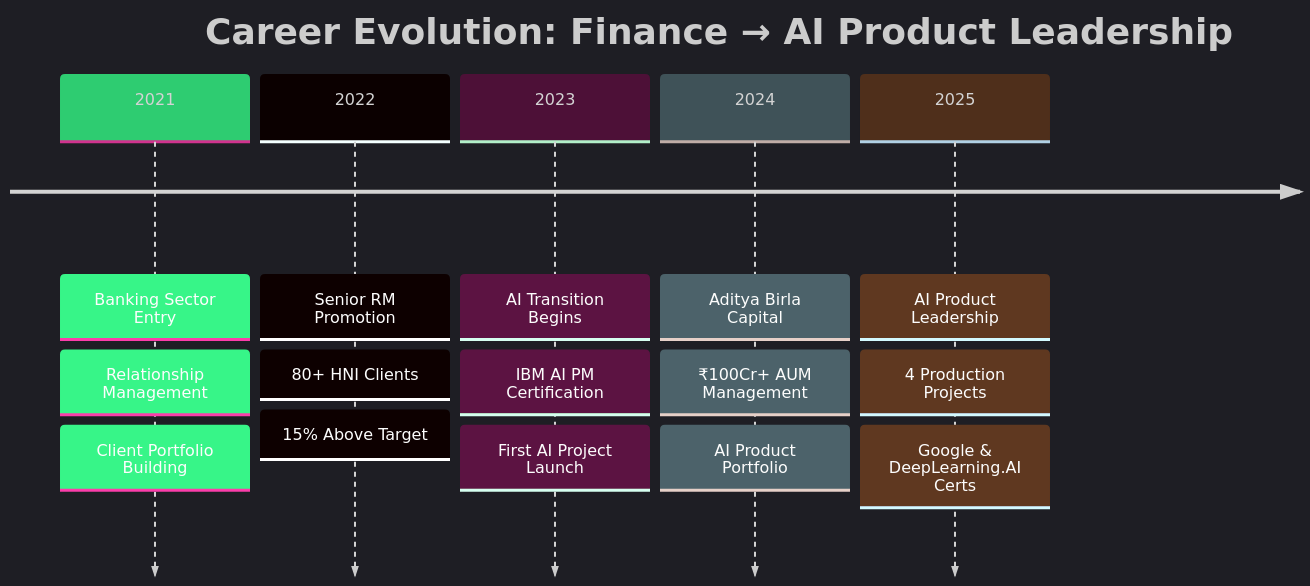
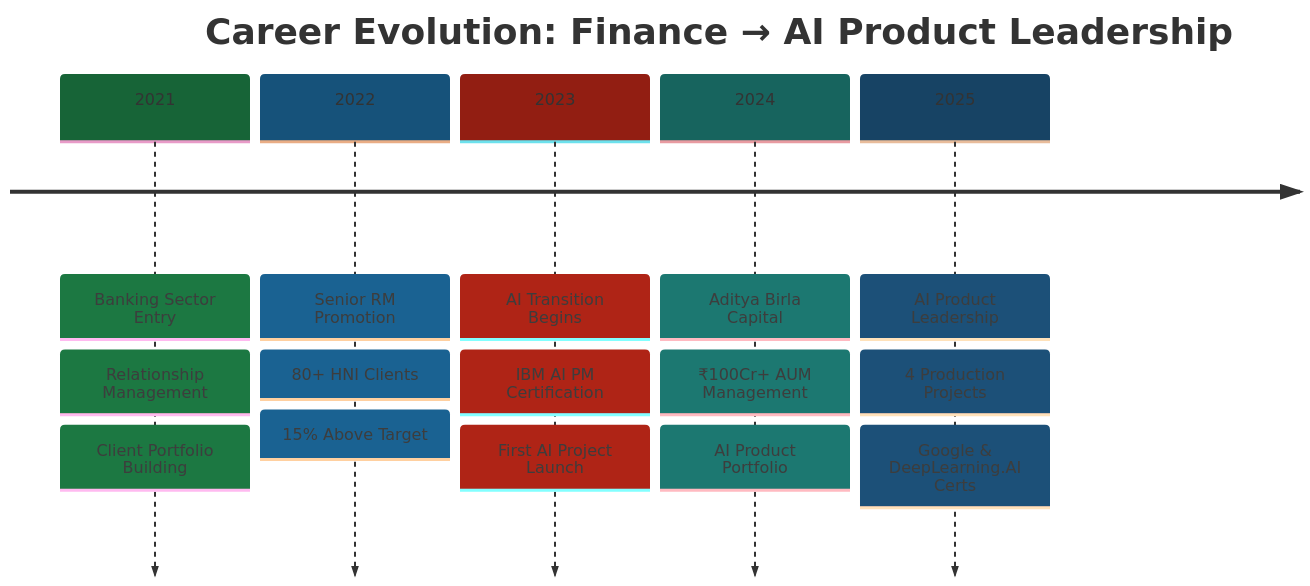
Before and after one commit to VIKAS9793/VIKAS9793: the fifth of 11 diagrams in README.md, drawn with Mermaid. The commit also changed other lines of this file, not shown here.

````diff
--- a/README.md
+++ b/README.md
@@ -237,20 +240,20 @@
 ```mermaid
-%%{init: {'theme':'dark', 'themeVariables': {'primaryColor':'#2ecc71','secondaryColor':'#3498db','tertiaryColor':'#e74c3c','primaryTextColor':'#fff','lineColor':'#00D9FF'}}}%%
+%%{init: {'theme':'base', 'themeVariables': {'primaryColor':'#2ecc71','secondaryColor':'#3498db','tertiaryColor':'#e74c3c','primaryTextColor':'#333','lineColor':'#00D9FF'}}}%%
 timeline
     title Career Evolution: Finance → AI Product Leadership
     2021 : Banking Sector Entry
          : Relationship Management
          : Client Portfolio Building
     2022 : Senior RM Promotion
          : 80+ HNI Clients
          : 15% Above Target
     2023 : AI Transition Begins
          : IBM AI PM Certification
          : First AI Project Launch
     2024 : Aditya Birla Capital
          : ₹100Cr+ AUM Management
          : AI Product Portfolio
     2025 : AI Product Leadership
          : 4 Production Projects
          : Google & DeepLearning.AI Certs
 ```
````
